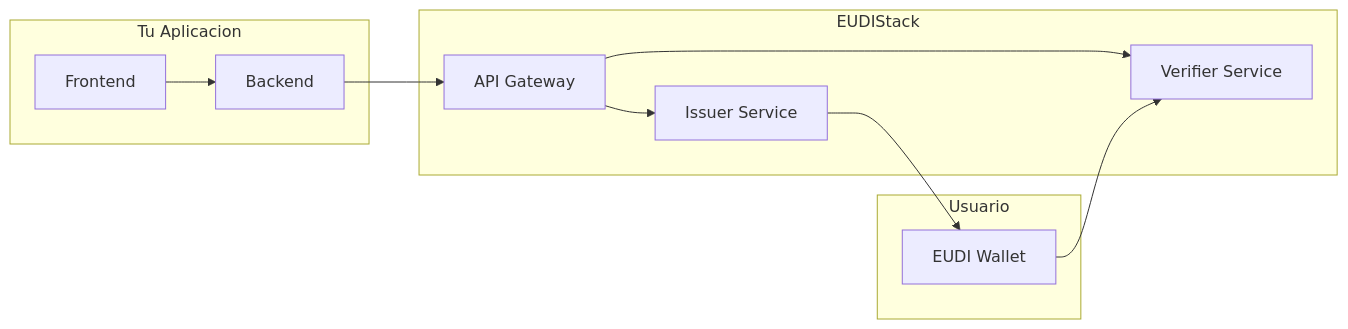
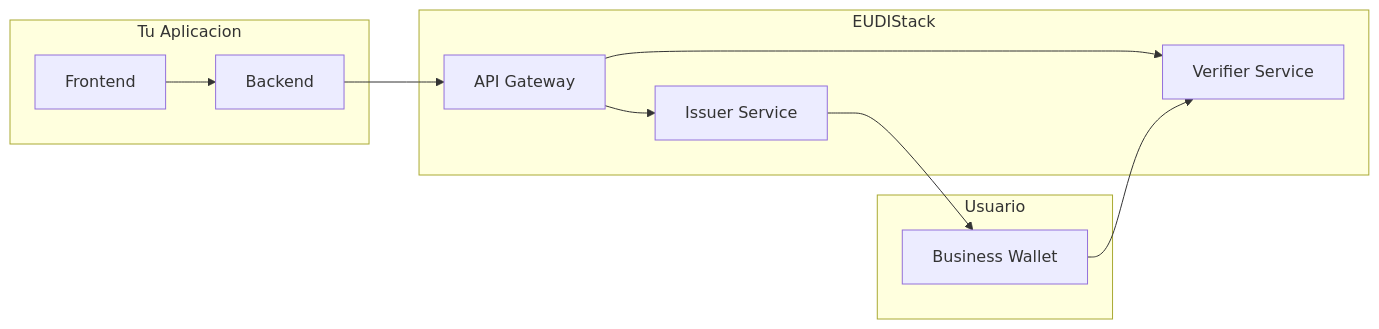
Before and after one commit to in2workspace/eudistack-platform-docs: the diagram in docs/guias-integracion/index.md, drawn with Mermaid. The commit also changed other lines of this file and 8 other files, not shown here.

````diff
--- a/docs/guias-integracion/index.md
+++ b/docs/guias-integracion/index.md
@@ -75,24 +75,24 @@
 ```mermaid
 flowchart LR
     subgraph Tu Aplicacion
         APP[Backend]
         FE[Frontend]
     end
 
     subgraph EUDIStack
         API[API Gateway]
         IS[Issuer Service]
         VS[Verifier Service]
     end
 
     subgraph Usuario
-        WALLET[EUDI Wallet]
+        WALLET[Business Wallet]
     end
 
     FE --> APP
     APP --> API
     API --> IS
     API --> VS
     IS --> WALLET
     WALLET --> VS
 ```
````
